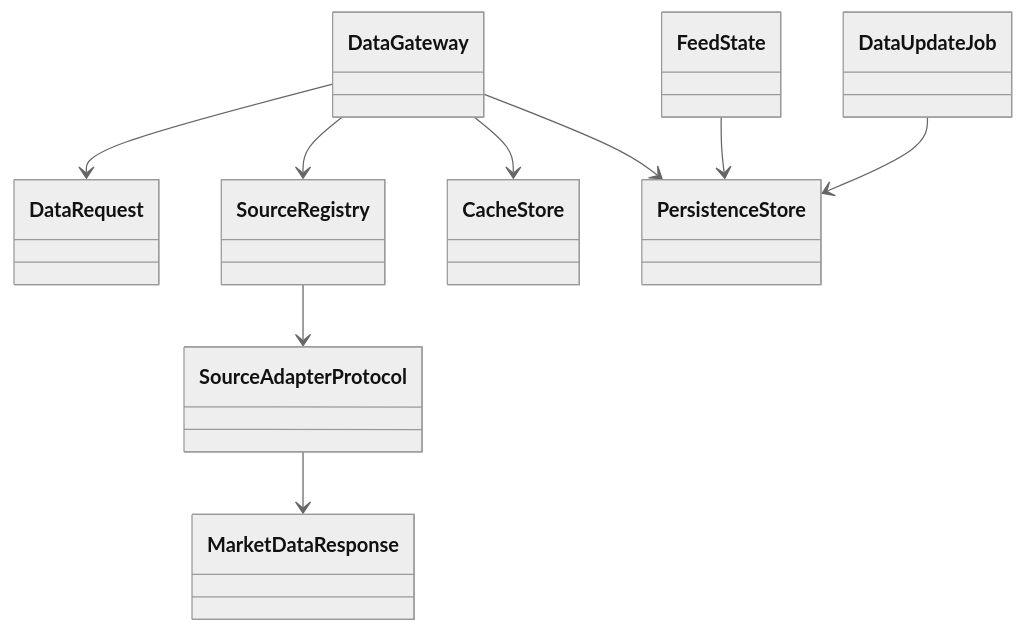
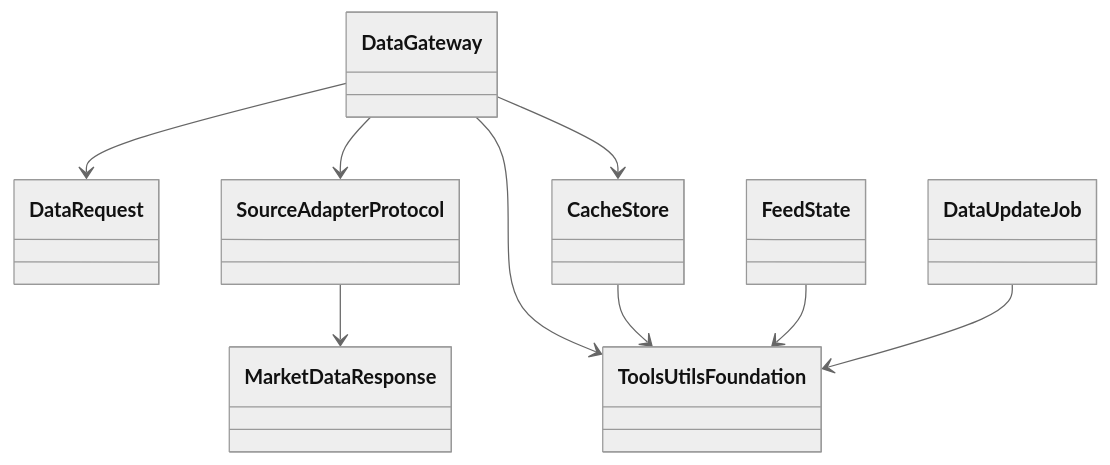
The second of 2 diagrams in docs/source-requirements/02-data.md (haruperi/Quant), drawn with Mermaid (neutral theme) before and after one commit. The commit also changed other lines of this file and 93 other files, not shown here.

````diff
--- a/docs/source-requirements/02-data.md
+++ b/docs/source-requirements/02-data.md
@@ -212,21 +206,20 @@
 ```mermaid
 classDiagram
   class DataRequest
   class MarketDataResponse
   class SourceAdapterProtocol
   class DataGateway
-  class SourceRegistry
   class CacheStore
-  class PersistenceStore
   class FeedState
   class DataUpdateJob
+  class ToolsUtilsFoundation
 
   DataGateway --> DataRequest
-  DataGateway --> SourceRegistry
-  SourceRegistry --> SourceAdapterProtocol
+  DataGateway --> SourceAdapterProtocol
   SourceAdapterProtocol --> MarketDataResponse
   DataGateway --> CacheStore
-  DataGateway --> PersistenceStore
-  FeedState --> PersistenceStore
-  DataUpdateJob --> PersistenceStore
+  DataGateway --> ToolsUtilsFoundation
+  CacheStore --> ToolsUtilsFoundation
+  FeedState --> ToolsUtilsFoundation
+  DataUpdateJob --> ToolsUtilsFoundation
 ```
````
